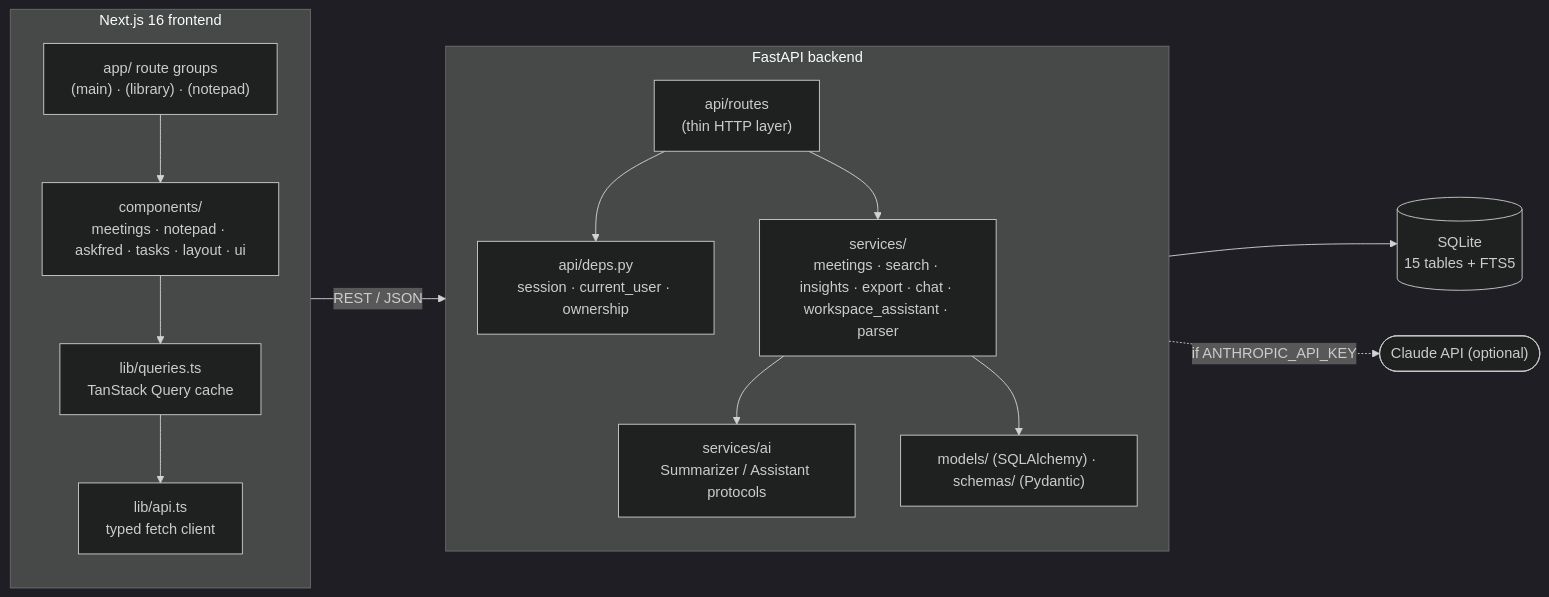
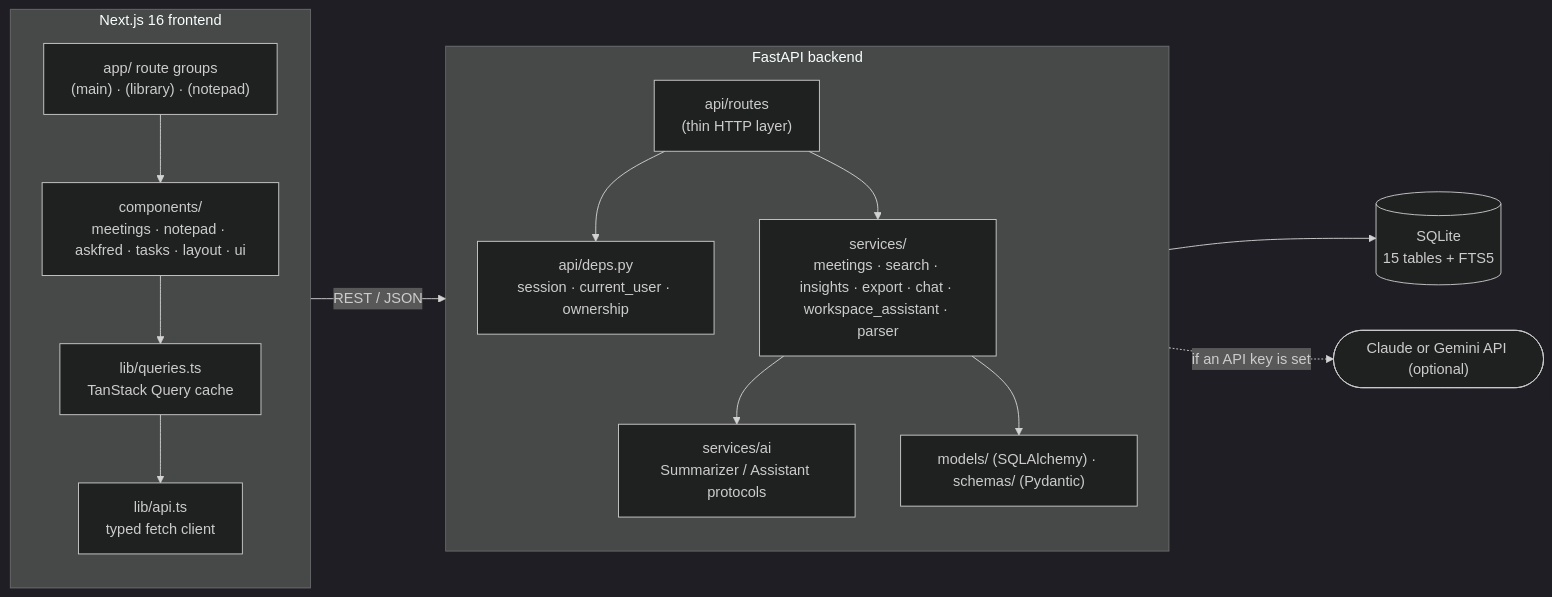
Before and after one commit to ArvinSaini/Fireflies.ai-Clone: the fourth of 4 diagrams in docs/DELIVERABLES.md, drawn with Mermaid (dark theme). The commit also changed other lines of this file and 3 other files, not shown here.

Commit message:
Document Gemini and Claude configuration

````diff
--- a/docs/DELIVERABLES.md
+++ b/docs/DELIVERABLES.md
@@ -287,27 +287,27 @@
 ```mermaid
 flowchart LR
     subgraph Browser["Next.js 16 frontend"]
       direction TB
       Pages["app/ route groups<br/>(main) · (library) · (notepad)"]
       Comp["components/<br/>meetings · notepad · askfred · tasks · layout · ui"]
       Q["lib/queries.ts<br/>TanStack Query cache"]
       C["lib/api.ts<br/>typed fetch client"]
       Pages --> Comp --> Q --> C
     end
     subgraph Server["FastAPI backend"]
       direction TB
       R["api/routes<br/>(thin HTTP layer)"]
       D["api/deps.py<br/>session · current_user · ownership"]
       Svc["services/<br/>meetings · search · insights · export · chat · workspace_assistant · parser"]
       AI["services/ai<br/>Summarizer / Assistant protocols"]
       M["models/ (SQLAlchemy) · schemas/ (Pydantic)"]
       R --> D
       R --> Svc --> AI
       Svc --> M
     end
     DB[("SQLite<br/>15 tables + FTS5")]
-    LLM(["Claude API (optional)"])
+    LLM(["Claude or Gemini API (optional)"])
     C -- "REST / JSON" --> R
     M --> DB
-    AI -. if ANTHROPIC_API_KEY .-> LLM
+    AI -. if an API key is set .-> LLM
 ```
````
